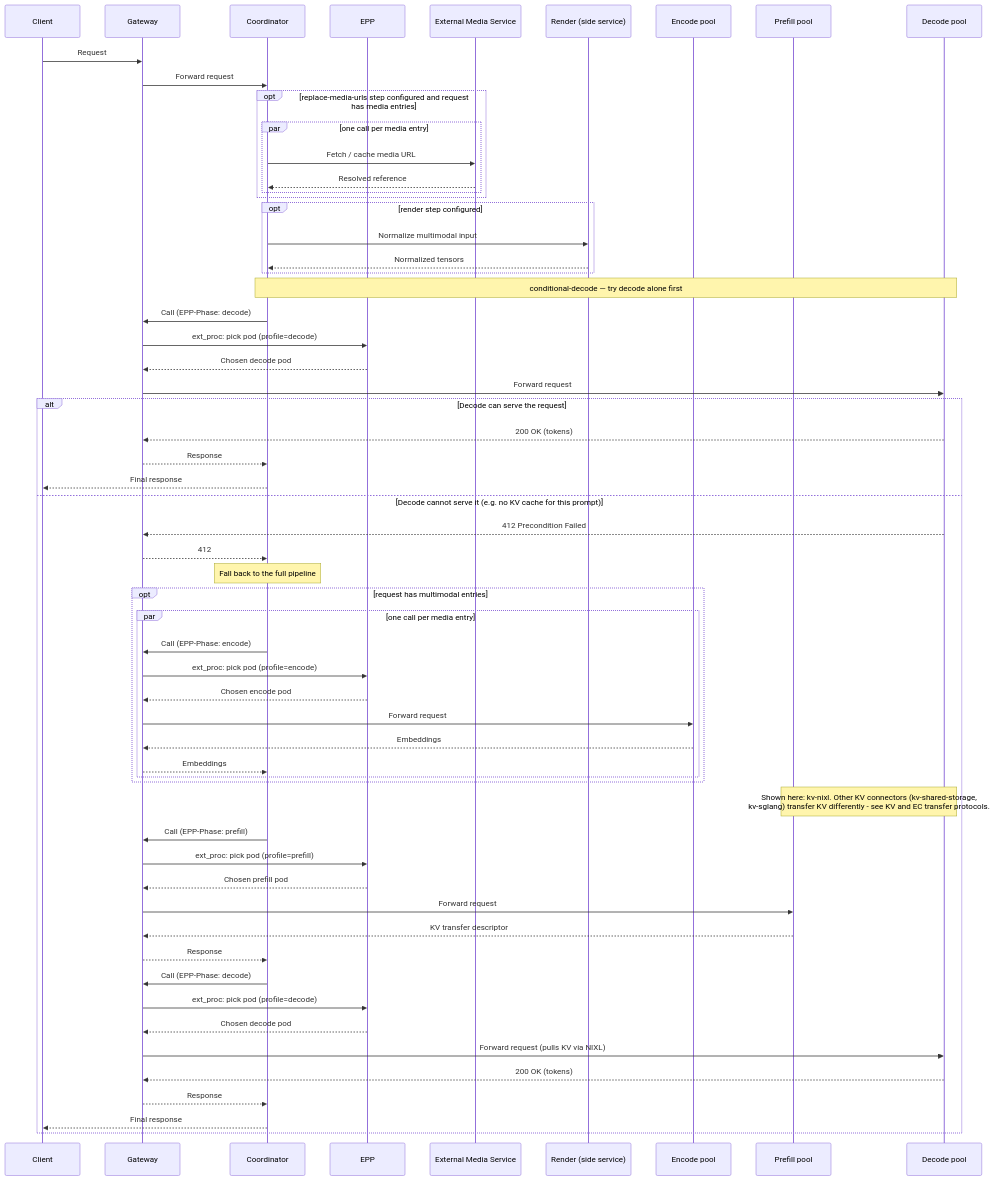
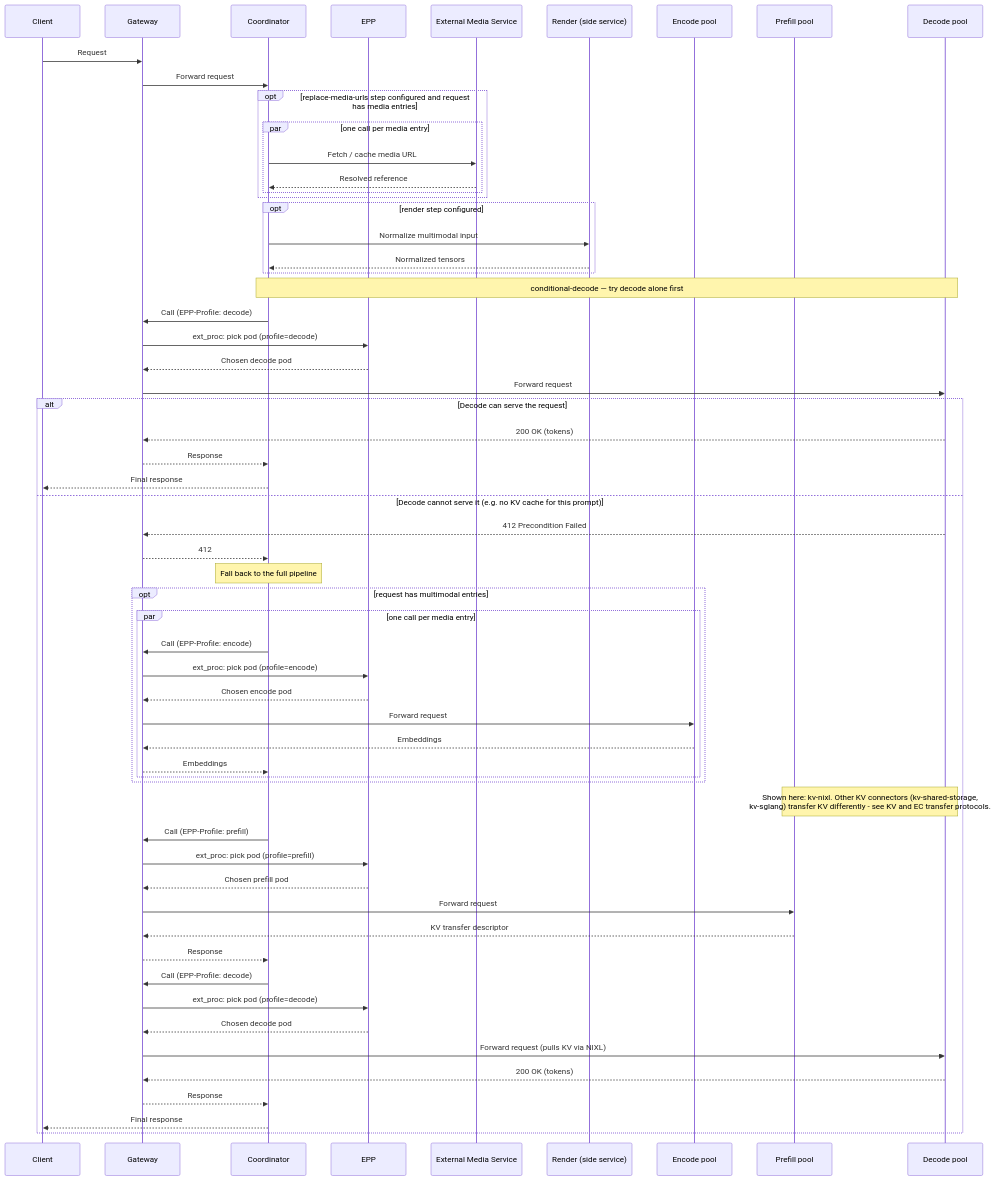
One commit to llm-d/llm-d-router changed the diagram in docs/coordinator_architecture.md. Above: the diagram before and after it, drawn with Mermaid. The commit also changed other lines of this file and 23 other files, not shown here.

Commit message:
rename EPP-Phase to EPP-Profile and header-phase-profile-handler to header-profile-handler

````diff
--- a/docs/coordinator_architecture.md
+++ b/docs/coordinator_architecture.md
@@ -153,70 +153,70 @@
 ```mermaid
 sequenceDiagram
     participant Client
     participant Gateway
     participant Coordinator
     participant EPP
     participant Media as External Media Service
     participant Render as Render (side service)
     participant Encode as Encode pool
     participant Prefill as Prefill pool
     participant Decode as Decode pool
 
     Client->>Gateway: Request
     Gateway->>Coordinator: Forward request
 
     opt replace-media-urls step configured and request has media entries
         par one call per media entry
             Coordinator->>Media: Fetch / cache media URL
             Media-->>Coordinator: Resolved reference
         end
     end
 
     opt render step configured
         Coordinator->>Render: Normalize multimodal input
         Render-->>Coordinator: Normalized tensors
     end
 
     Note over Coordinator,Decode: conditional-decode — try decode alone first
-    Coordinator->>Gateway: Call (EPP-Phase: decode)
+    Coordinator->>Gateway: Call (EPP-Profile: decode)
     Gateway->>EPP: ext_proc: pick pod (profile=decode)
     EPP-->>Gateway: Chosen decode pod
     Gateway->>Decode: Forward request
 
     alt Decode can serve the request
         Decode-->>Gateway: 200 OK (tokens)
         Gateway-->>Coordinator: Response
         Coordinator-->>Client: Final response
     else Decode cannot serve it (e.g. no KV cache for this prompt)
         Decode-->>Gateway: 412 Precondition Failed
         Gateway-->>Coordinator: 412
         Note over Coordinator: Fall back to the full pipeline
 
         opt request has multimodal entries
             par one call per media entry
-                Coordinator->>Gateway: Call (EPP-Phase: encode)
+                Coordinator->>Gateway: Call (EPP-Profile: encode)
                 Gateway->>EPP: ext_proc: pick pod (profile=encode)
                 EPP-->>Gateway: Chosen encode pod
                 Gateway->>Encode: Forward request
                 Encode-->>Gateway: Embeddings
                 Gateway-->>Coordinator: Embeddings
             end
         end
 
         Note over Prefill,Decode: Shown here: kv-nixl. Other KV connectors (kv-shared-storage,<br/>kv-sglang) transfer KV differently - see KV and EC transfer protocols.
-        Coordinator->>Gateway: Call (EPP-Phase: prefill)
+        Coordinator->>Gateway: Call (EPP-Profile: prefill)
         Gateway->>EPP: ext_proc: pick pod (profile=prefill)
         EPP-->>Gateway: Chosen prefill pod
         Gateway->>Prefill: Forward request
         Prefill-->>Gateway: KV transfer descriptor
         Gateway-->>Coordinator: Response
 
-        Coordinator->>Gateway: Call (EPP-Phase: decode)
+        Coordinator->>Gateway: Call (EPP-Profile: decode)
         Gateway->>EPP: ext_proc: pick pod (profile=decode)
         EPP-->>Gateway: Chosen decode pod
         Gateway->>Decode: Forward request (pulls KV via NIXL)
         Decode-->>Gateway: 200 OK (tokens)
         Gateway-->>Coordinator: Response
         Coordinator-->>Client: Final response
     end
 ```
````
